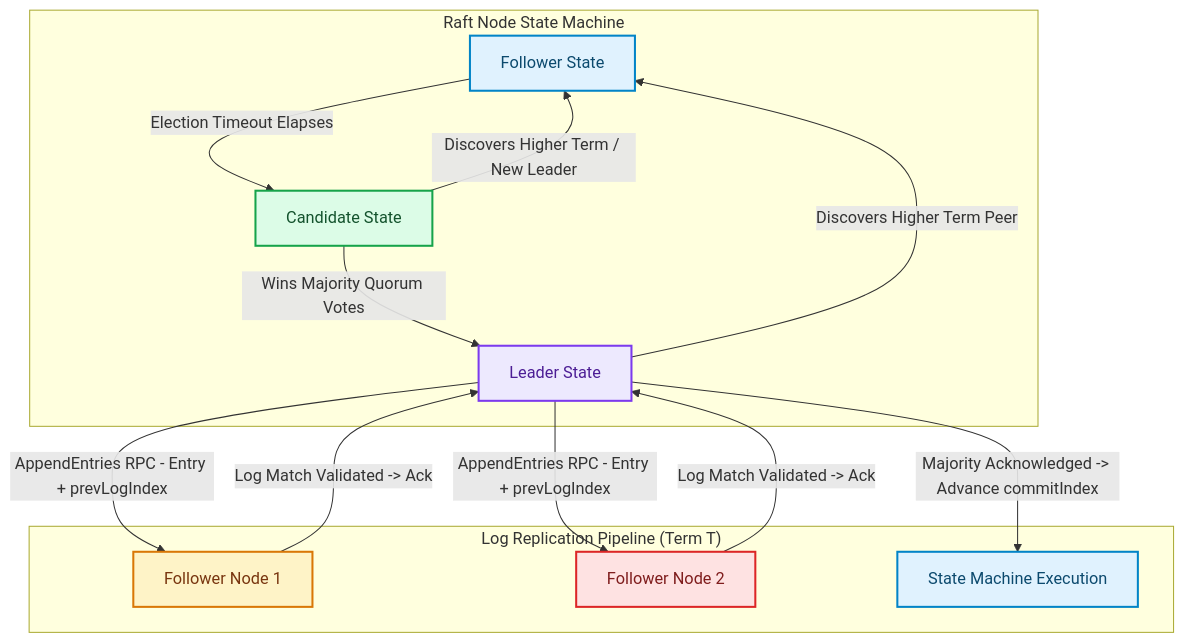
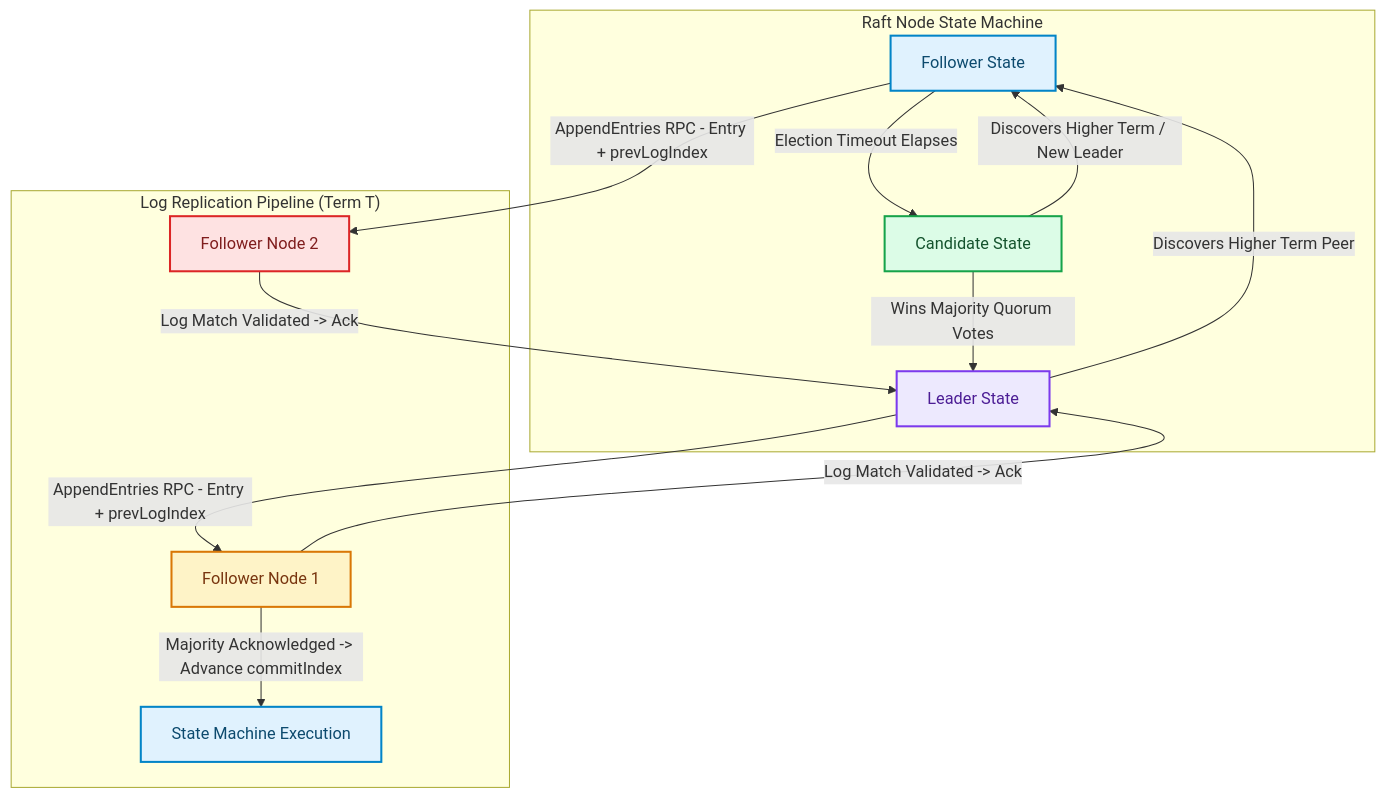
The diagram in blog/posts/raft-consensus-protocol-leader-election-log-replication-safety.md (akmalkhaniub/akmalkhaniub.github.io), drawn with Mermaid before and after one commit. The commit also changed other lines of this file and 894 other files, not shown here.

Commit message:
feat(blog): upgrade all 444 posts with unique staggered dates, 2-col Mermaid spines, benchmark tables, code blocks, and trade-offs

````diff
--- a/blog/posts/raft-consensus-protocol-leader-election-log-replication-safety.md
+++ b/blog/posts/raft-consensus-protocol-leader-election-log-replication-safety.md
@@ -19,30 +19,30 @@
 ```mermaid
 flowchart TD
   subgraph SG1_RaftNodeState ["Raft Node State Machine"]
     Follower["Follower State"] -->|Election Timeout Elapses| Candidate["Candidate State"]
     Candidate -->|Wins Majority Quorum Votes| Leader["Leader State"]
     Candidate -->|Discovers Higher Term / New Leader| Follower
     Leader -->|Discovers Higher Term Peer| Follower
   end
   
   subgraph SG2_LogReplicationPipeline ["Log Replication Pipeline (Term T)"]
     Leader -->|AppendEntries RPC - Entry + prevLogIndex| F1["Follower Node 1"]
-    Leader -->|AppendEntries RPC - Entry + prevLogIndex| F2["Follower Node 2"]
+    Follower --> |AppendEntries RPC - Entry + prevLogIndex| F2["Follower Node 2"]
     
     F1 -->|Log Match Validated -> Ack| Leader
     F2 -->|Log Match Validated -> Ack| Leader
     
-    Leader -->|Majority Acknowledged -> Advance commitIndex| StateMachine["State Machine Execution"]
+    F1 --> |Majority Acknowledged -> Advance commitIndex| StateMachine["State Machine Execution"]
   end
 
 classDef green fill:#dcfce7,stroke:#16a34a,stroke-width:2px,color:#14532d;
 classDef red fill:#fee2e2,stroke:#dc2626,stroke-width:2px,color:#7f1d1d;
 classDef blue fill:#e0f2fe,stroke:#0284c7,stroke-width:2px,color:#0c4a6e;
 classDef yellow fill:#fef3c7,stroke:#d97706,stroke-width:2px,color:#78350f;
 classDef purple fill:#ede9fe,stroke:#7c3aed,stroke-width:2px,color:#4c1d95;
 class Follower,StateMachine blue
 class Candidate green
 class Leader purple
 class F1 yellow
 class F2 red
 ```
````
